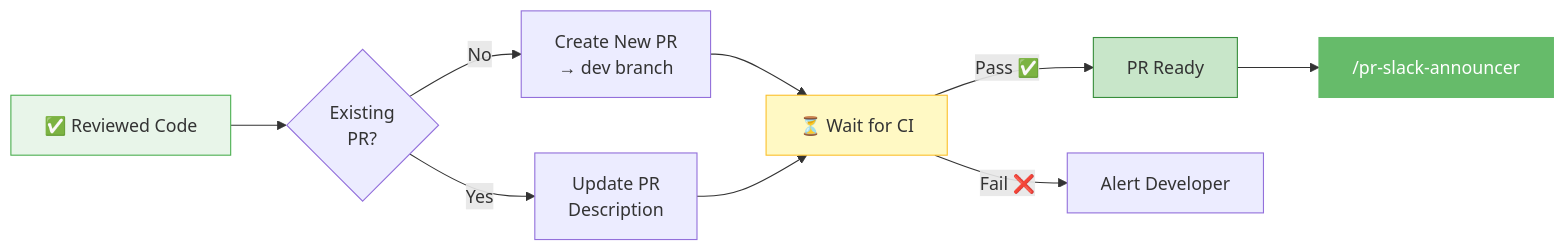
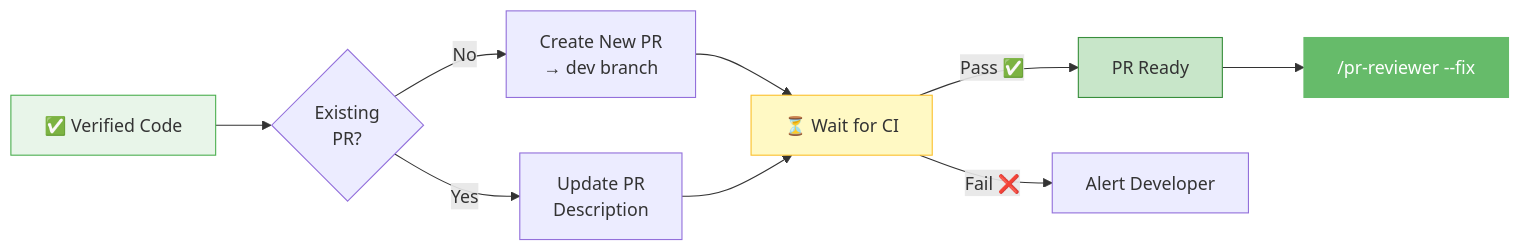
The tenth of 17 diagrams in docs/development-workflow.md (karanivincent/claude-code-tools), drawn with Mermaid before and after one commit. The commit also changed other lines of this file, not shown here.

First line of the commit message:
docs: rename /pr-review-and-fix to /pr-reviewer --fix and fix the pipeline order (#19)

````diff
--- a/docs/development-workflow.md
+++ b/docs/development-workflow.md
@@ -331,20 +304,20 @@
 ```mermaid
 flowchart LR
-    CHANGES["✅ Reviewed Code"] --> CHECK{"Existing<br/>PR?"}
+    CHANGES["✅ Verified Code"] --> CHECK{"Existing<br/>PR?"}
 
     CHECK -->|No| CREATE["Create New PR<br/>→ dev branch"]
     CHECK -->|Yes| UPDATE["Update PR<br/>Description"]
 
     CREATE --> CI["⏳ Wait for CI"]
     UPDATE --> CI
 
     CI -->|Pass ✅| READY["PR Ready"]
     CI -->|Fail ❌| NOTIFY["Alert Developer"]
 
-    READY --> NEXT["/pr-slack-announcer"]
+    READY --> NEXT["/pr-reviewer --fix"]
 
     style CHANGES fill:#E8F5E9,stroke:#4CAF50
     style CI fill:#FFF9C4,stroke:#FBC02D
     style READY fill:#C8E6C9,stroke:#388E3C
     style NEXT fill:#66BB6A,stroke:#66BB6A,color:#fff
 ```
````
